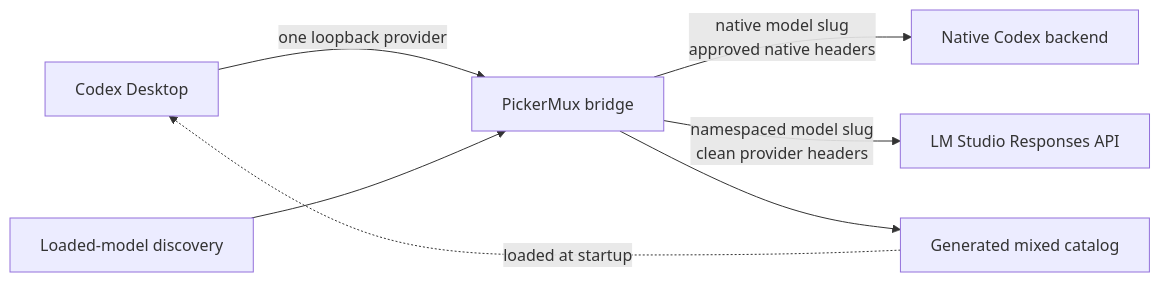
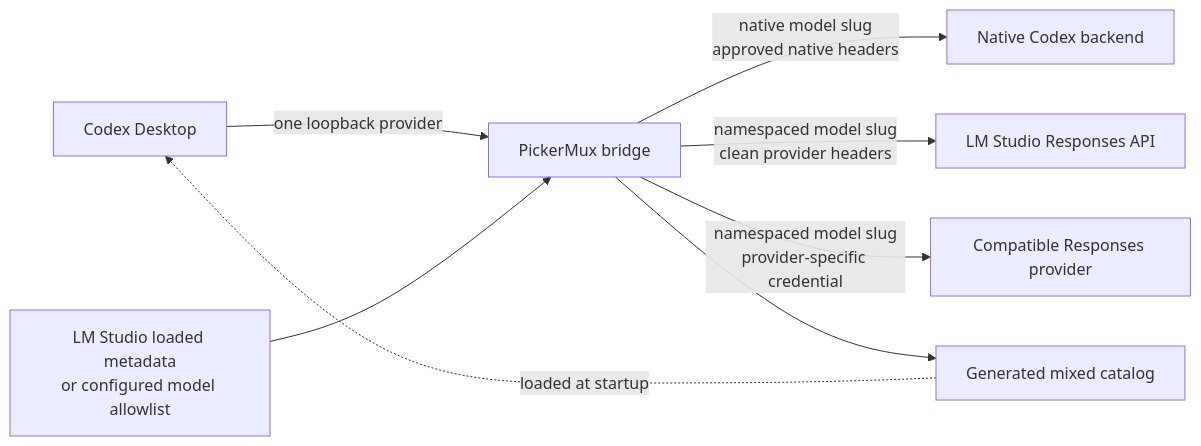
Before and after one commit to patrickschiller/pickermux: the diagram in README.md, drawn with Mermaid. The commit also changed other lines of this file and 12 other files, not shown here.

Commit message:
Describe configured Responses providers throughout PickerMux

````diff
--- a/README.md
+++ b/README.md
@@ -599,9 +621,10 @@
 ```mermaid
 flowchart LR
     C[Codex Desktop] -->|one loopback provider| B[PickerMux bridge]
     B -->|native model slug<br/>approved native headers| O[Native Codex backend]
     B -->|namespaced model slug<br/>clean provider headers| L[LM Studio Responses API]
-    D[Loaded-model discovery] --> B
+    B -->|namespaced model slug<br/>provider-specific credential| R[Compatible Responses provider]
+    D[LM Studio loaded metadata<br/>or configured model allowlist] --> B
     B --> K[Generated mixed catalog]
     K -. loaded at startup .-> C
 ```
````
